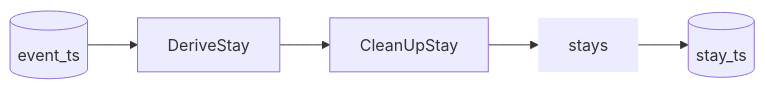
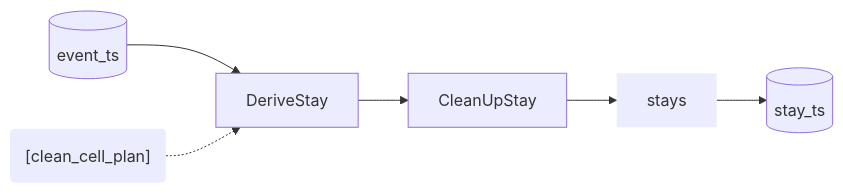
One commit to djvanderlaan/pipeline changed the second of 14 diagrams in README.md. Above: the diagram before and after it, drawn with Mermaid.

Commit message:
Classify Stays

````diff
--- a/README.md
+++ b/README.md
@@ -36,7 +36,8 @@
 ```mermaid
 flowchart LR
   event_ts[(event_ts)] --> DeriveStay --> CleanUpStay --> stays:::data --> stay_ts[(stay_ts)]
 
+  clean_cell_plan("[clean_cell_plan]"):::data -.-> DeriveStay
 
 classDef data stroke-width:0px
 ```
````
